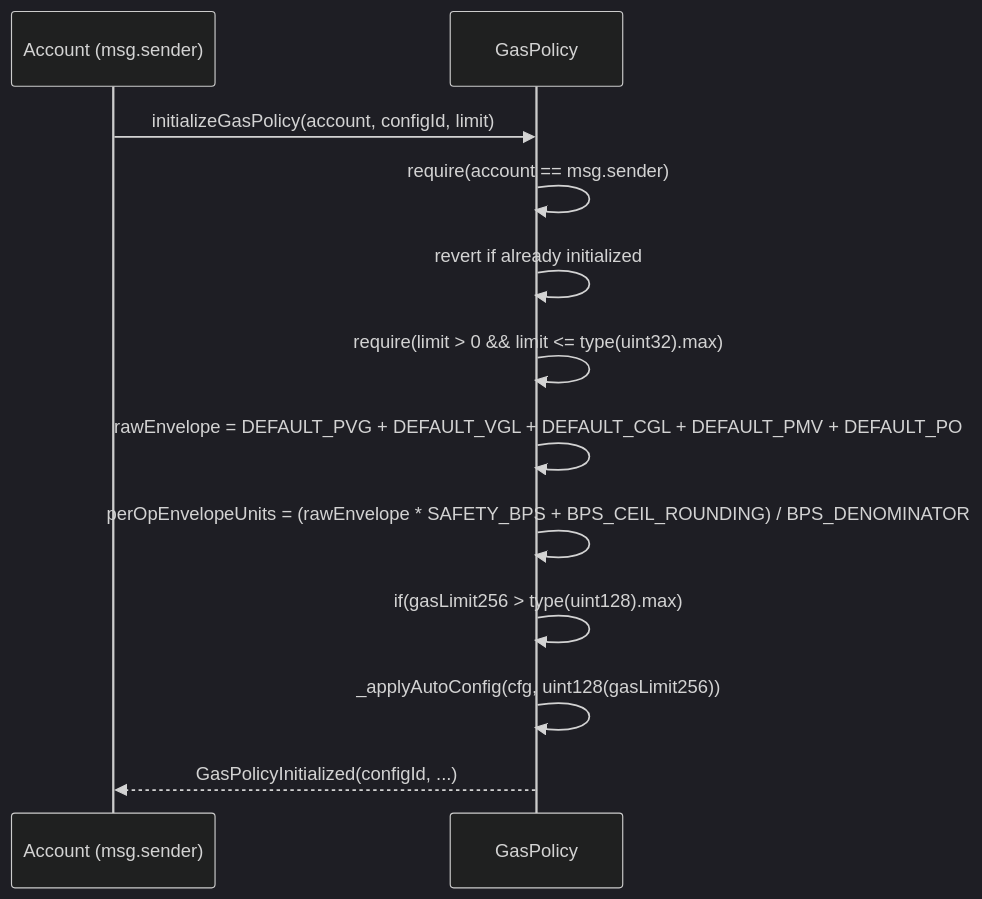
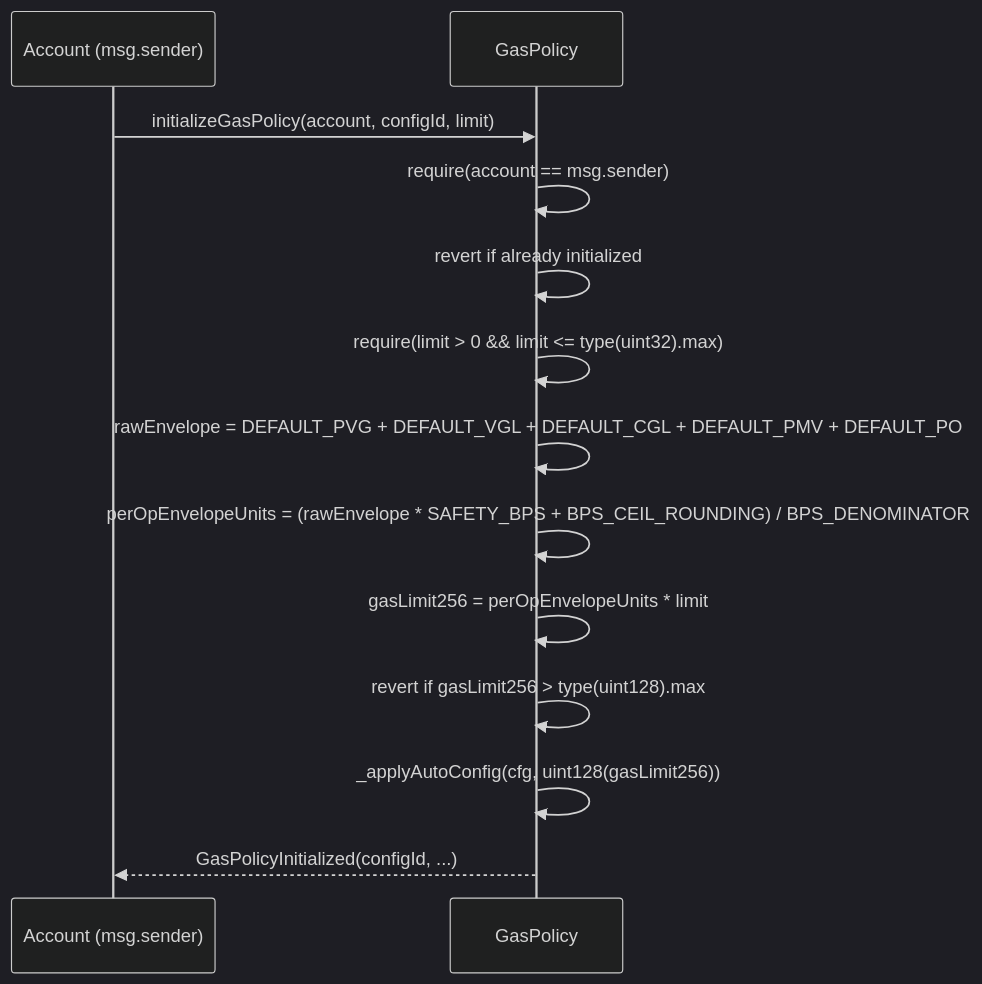
One commit to openfort-xyz/openfort-7702-account changed the fourth of 5 diagrams in docs/GasPolicy.md. Above: the diagram before and after it, drawn with Mermaid (dark theme). The commit also changed other lines of this file, not shown here.

Commit message:
(docs) fix docs/GasPolicy.md

````diff
--- a/docs/GasPolicy.md
+++ b/docs/GasPolicy.md
@@ -100,15 +93,16 @@
 ```mermaid
 sequenceDiagram
   participant A as Account (msg.sender)
   participant GP as GasPolicy
 
   A->>GP: initializeGasPolicy(account, configId, limit)
   GP->>GP: require(account == msg.sender)
   GP->>GP: revert if already initialized
   GP->>GP: require(limit > 0 && limit <= type(uint32).max)
   GP->>GP: rawEnvelope = DEFAULT_PVG + DEFAULT_VGL + DEFAULT_CGL + DEFAULT_PMV + DEFAULT_PO
   GP->>GP: perOpEnvelopeUnits = (rawEnvelope * SAFETY_BPS + BPS_CEIL_ROUNDING) / BPS_DENOMINATOR
-  GP->>GP: if(gasLimit256 > type(uint128).max)
+  GP->>GP: gasLimit256 = perOpEnvelopeUnits * limit
+  GP->>GP: revert if gasLimit256 > type(uint128).max
   GP->>GP: _applyAutoConfig(cfg, uint128(gasLimit256))
   GP-->>A: GasPolicyInitialized(configId, ...)
 ```
````
